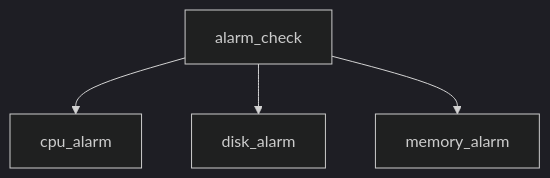
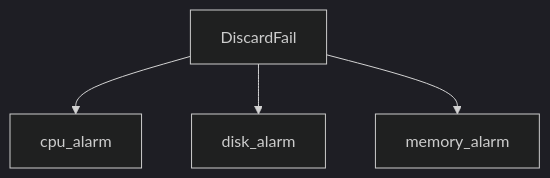
Before and after one commit to ezachrisen/indigo: the third of 3 diagrams in guide.md, drawn with Mermaid (dark theme).

````diff
--- a/guide.md
+++ b/guide.md
@@ -1893,7 +1893,7 @@
 ```mermaid
 graph TD;
 
-alarm_check --> cpu_alarm;
+alarm_check[DiscardFail] --> cpu_alarm;
 alarm_check --> disk_alarm;
 alarm_check --> memory_alarm;
 ```
````
